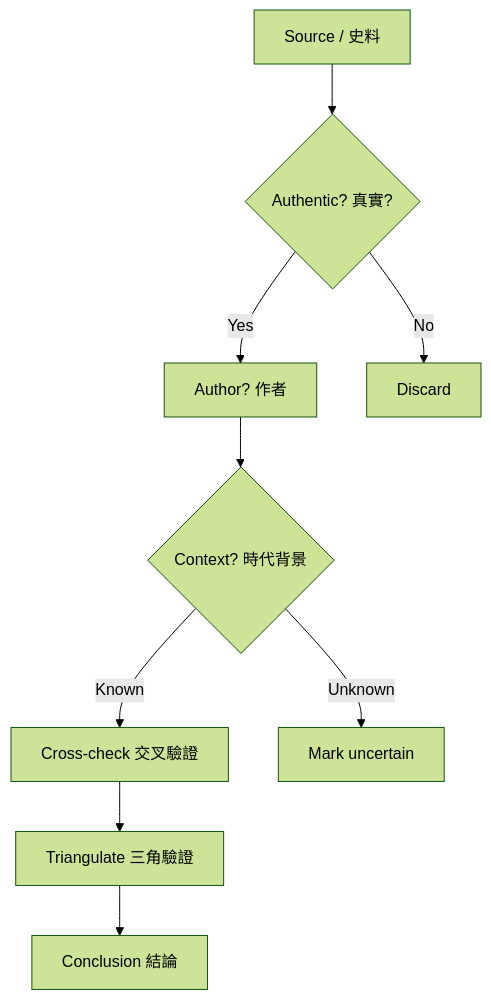
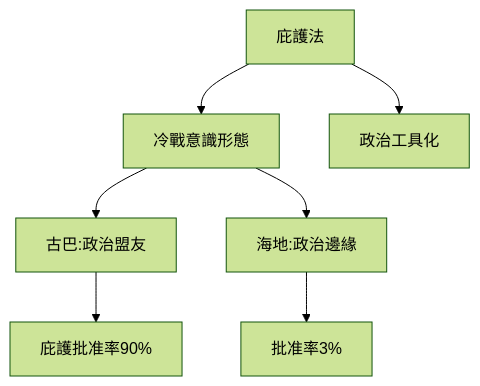
One commit to yip-lgtm/HKU-Harvard-History-Self-Study changed the tenth of 10 diagrams in 02_Harvard_Courses/Fall_Courses/Hist23_Immigration_Law.md. Above: the diagram before and after it, drawn with Mermaid (forest theme). The commit also changed other lines of this file and 65 other files, not shown here.

````diff
--- a/02_Harvard_Courses/Fall_Courses/Hist23_Immigration_Law.md
+++ b/02_Harvard_Courses/Fall_Courses/Hist23_Immigration_Law.md
@@ -420,11 +322,9 @@
 ```mermaid
-flowchart TD
-    A[Source / 史料] --> Q{Authentic? 真實?}
-    Q -->|Yes| B[Author? 作者]
-    Q -->|No| Z[Discard]
-    B --> R{Context? 時代背景}
-    R -->|Known| C[Cross-check 交叉驗證]
-    R -->|Unknown| Y[Mark uncertain]
-    C --> D[Triangulate 三角驗證]
-    D --> E[Conclusion 結論]
+graph TD
+    A[庇護法] --> B[冷戰意識形態]
+    A --> C[政治工具化]
+    B --> D[古巴:政治盟友]
+    B --> E[海地:政治邊緣]
+    D --> F[庇護批准率90%]
+    E --> G[批准率3%]
 ```
````
